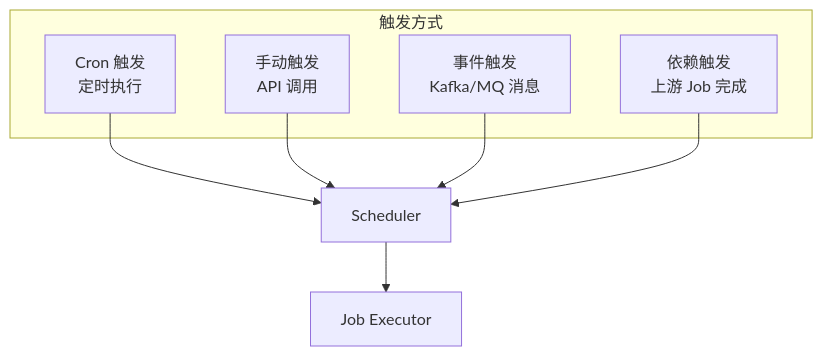
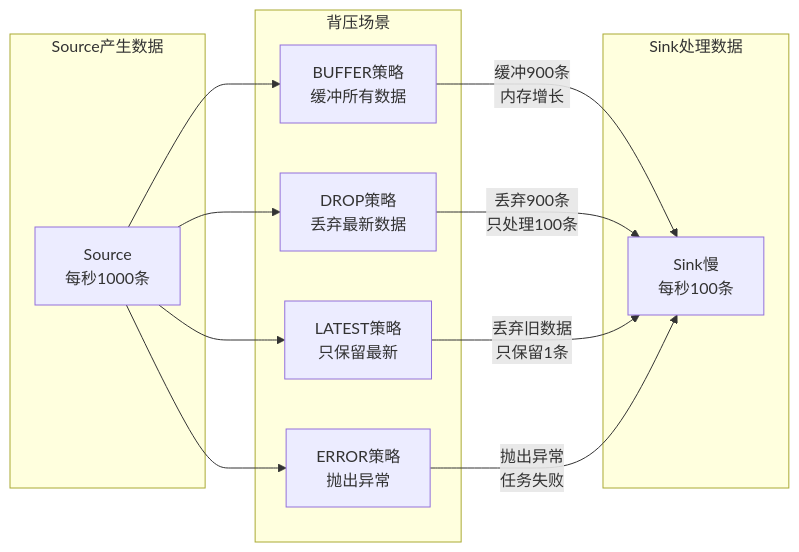
Before and after one commit to 312268112/advanced-java: the fourth of 12 diagrams in pipeline-framework-design.md, drawn with Mermaid. The commit also changed other lines of this file, not shown here.

````diff
--- a/pipeline-framework-design.md
+++ b/pipeline-framework-design.md
@@ -351,16 +319,27 @@
 ```mermaid
-graph TB
-    subgraph "触发方式"
-        Cron[Cron 触发<br/>定时执行]
-        Manual[手动触发<br/>API 调用]
-        Event[事件触发<br/>Kafka/MQ 消息]
-        Dependency[依赖触发<br/>上游 Job 完成]
+graph LR
+    subgraph "Source产生数据"
+        S[Source<br/>每秒1000条]
     end
     
-    Cron --> Scheduler[Scheduler]
-    Manual --> Scheduler
-    Event --> Scheduler
-    Dependency --> Scheduler
+    subgraph "背压场景"
+        B1[BUFFER策略<br/>缓冲所有数据]
+        B2[DROP策略<br/>丢弃最新数据]
+        B3[LATEST策略<br/>只保留最新]
+        B4[ERROR策略<br/>抛出异常]
+    end
     
-    Scheduler --> Executor[Job Executor]
+    subgraph "Sink处理数据"
+        K1[Sink慢<br/>每秒100条]
+    end
+    
+    S --> B1
+    S --> B2
+    S --> B3
+    S --> B4
+    
+    B1 -->|缓冲900条<br/>内存增长| K1
+    B2 -->|丢弃900条<br/>只处理100条| K1
+    B3 -->|丢弃旧数据<br/>只保留1条| K1
+    B4 -->|抛出异常<br/>任务失败| K1
 ```
````
